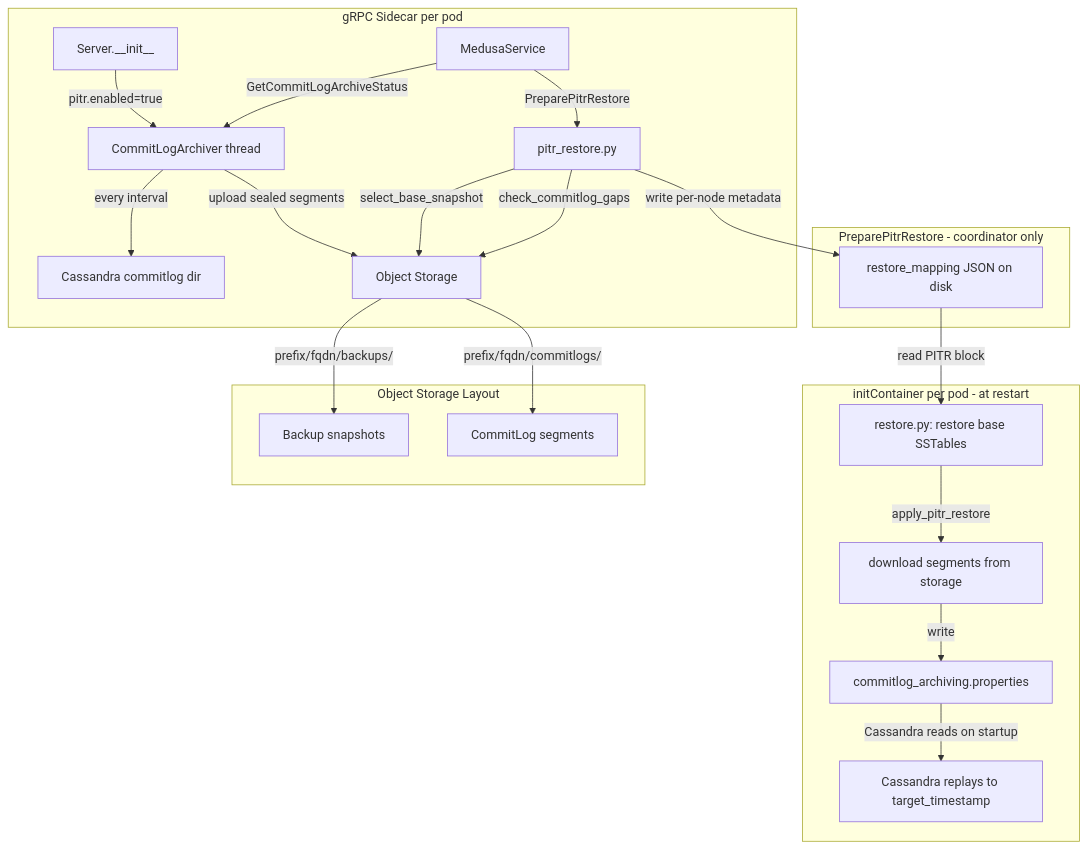
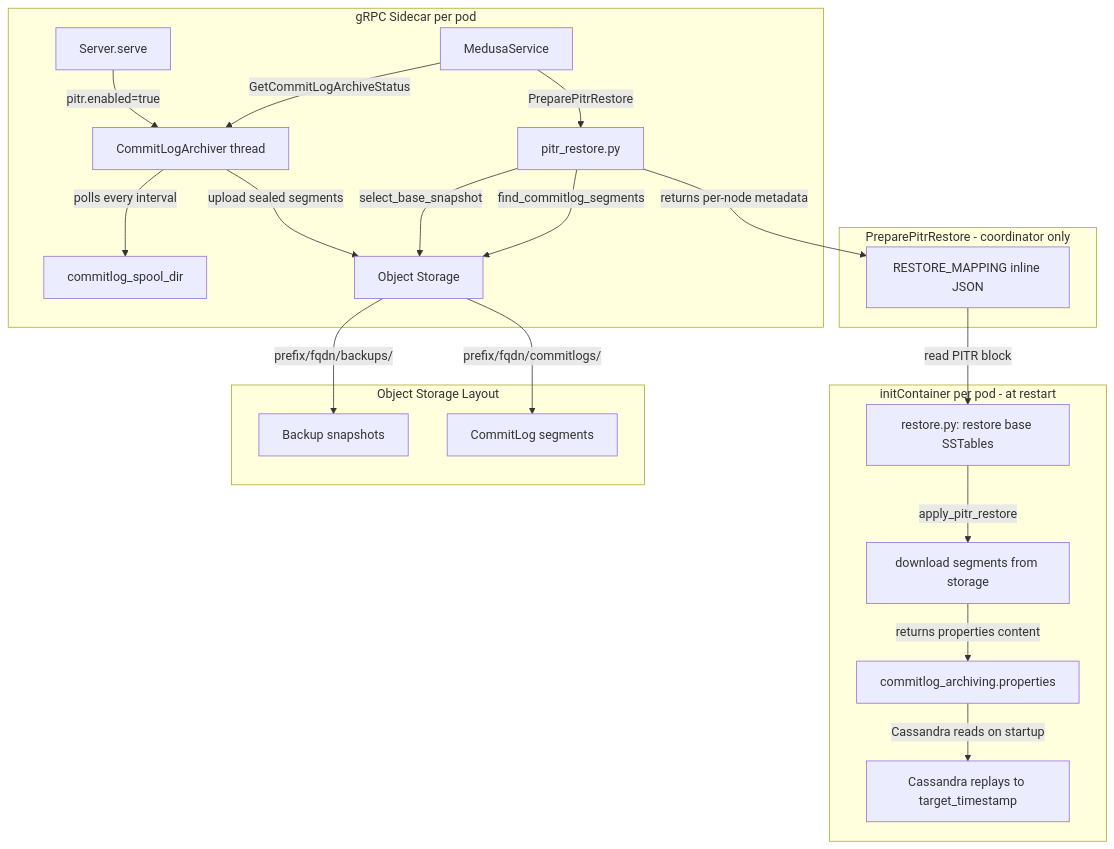
Before and after one commit to thelastpickle/cassandra-medusa: the first of 2 diagrams in docs/superpowers/specs/pitr-design-doc.md, drawn with Mermaid. The commit also changed other lines of this file, not shown here.

Commit message:
Address review comments along with gaps and inconsistencies

````diff
--- a/docs/superpowers/specs/pitr-design-doc.md
+++ b/docs/superpowers/specs/pitr-design-doc.md
@@ -86,28 +97,28 @@
 ```mermaid
 graph TD
     subgraph gRPC Sidecar per pod
-        S[Server.__init__] -->|pitr.enabled=true| A[CommitLogArchiver thread]
-        A -->|every interval| CL[Cassandra commitlog dir]
+        S[Server.serve] -->|pitr.enabled=true| A[CommitLogArchiver thread]
+        A -->|polls every interval| CL[commitlog_spool_dir]
         A -->|upload sealed segments| OS[Object Storage]
         SVC[MedusaService] -->|GetCommitLogArchiveStatus| A
         SVC -->|PreparePitrRestore| PITR[pitr_restore.py]
     end
 
     subgraph PreparePitrRestore - coordinator only
         PITR -->|select_base_snapshot| OS
-        PITR -->|check_commitlog_gaps| OS
-        PITR -->|write per-node metadata| RM[restore_mapping JSON on disk]
+        PITR -->|find_commitlog_segments| OS
+        PITR -->|returns per-node metadata| RM[RESTORE_MAPPING inline JSON]
     end
 
     subgraph initContainer per pod - at restart
         RM -->|read PITR block| RC[restore.py: restore base SSTables]
         RC -->|apply_pitr_restore| DL[download segments from storage]
-        DL -->|write| PROPS[commitlog_archiving.properties]
+        DL -->|returns properties content| PROPS[commitlog_archiving.properties]
         PROPS -->|Cassandra reads on startup| CS[Cassandra replays to target_timestamp]
     end
 
     subgraph Object Storage Layout
         OS --> |prefix/fqdn/backups/| BK[Backup snapshots]
         OS --> |prefix/fqdn/commitlogs/| CLS[CommitLog segments]
     end
 ```
````
